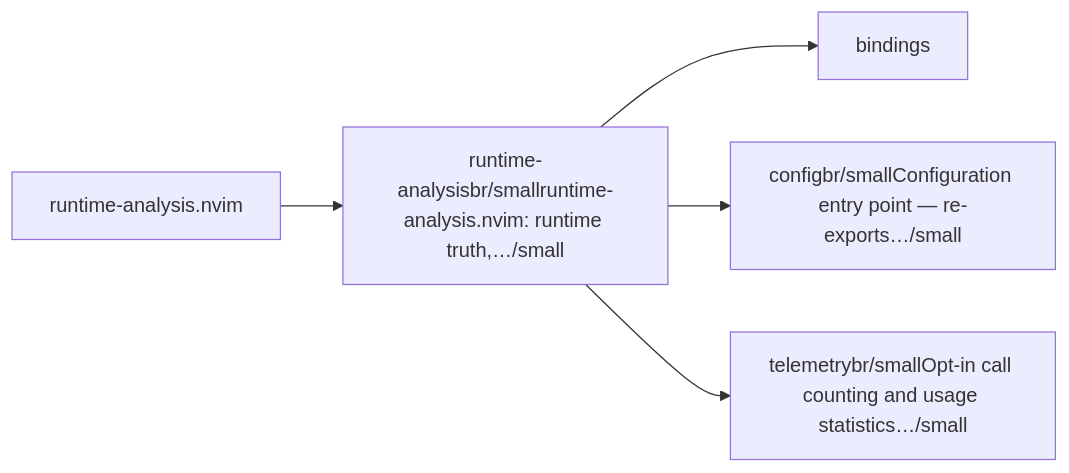
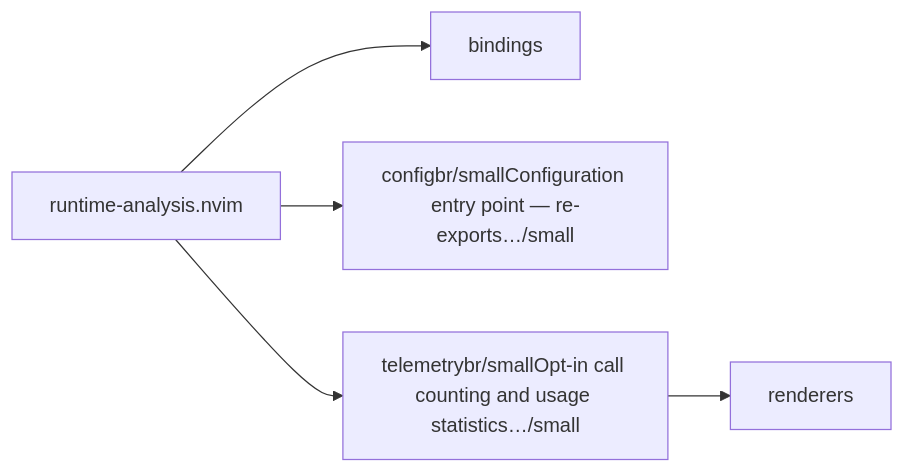
The first of 2 diagrams in docs/map/overview.md (StefanBartl/runtime-analysis.nvim), drawn with Mermaid before and after one commit. The commit also changed other lines of this file and 14 other files, not shown here.

````diff
--- a/docs/map/overview.md
+++ b/docs/map/overview.md
@@ -14,12 +14,12 @@
 ```mermaid
 flowchart LR
-  nlua["runtime-analysis.nvim"]
-  nlua_runtime_analysis["runtime-analysisbr/smallruntime-analysis.nvim: runtime truth,…/small"]
+  nlua_runtime_analysis["runtime-analysis.nvim"]
   nlua_runtime_analysis_bindings["bindings"]
   nlua_runtime_analysis_config["configbr/smallConfiguration entry point — re-exports…/small"]
   nlua_runtime_analysis_telemetry["telemetrybr/smallOpt-in call counting and usage statistics…/small"]
-  nlua --> nlua_runtime_analysis
+  nlua_runtime_analysis_telemetry_renderers["renderers"]
   nlua_runtime_analysis --> nlua_runtime_analysis_bindings
   nlua_runtime_analysis --> nlua_runtime_analysis_config
   nlua_runtime_analysis --> nlua_runtime_analysis_telemetry
+  nlua_runtime_analysis_telemetry --> nlua_runtime_analysis_telemetry_renderers
 ```
````
